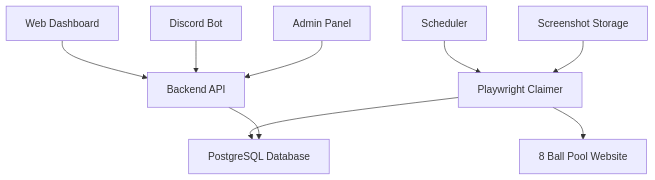
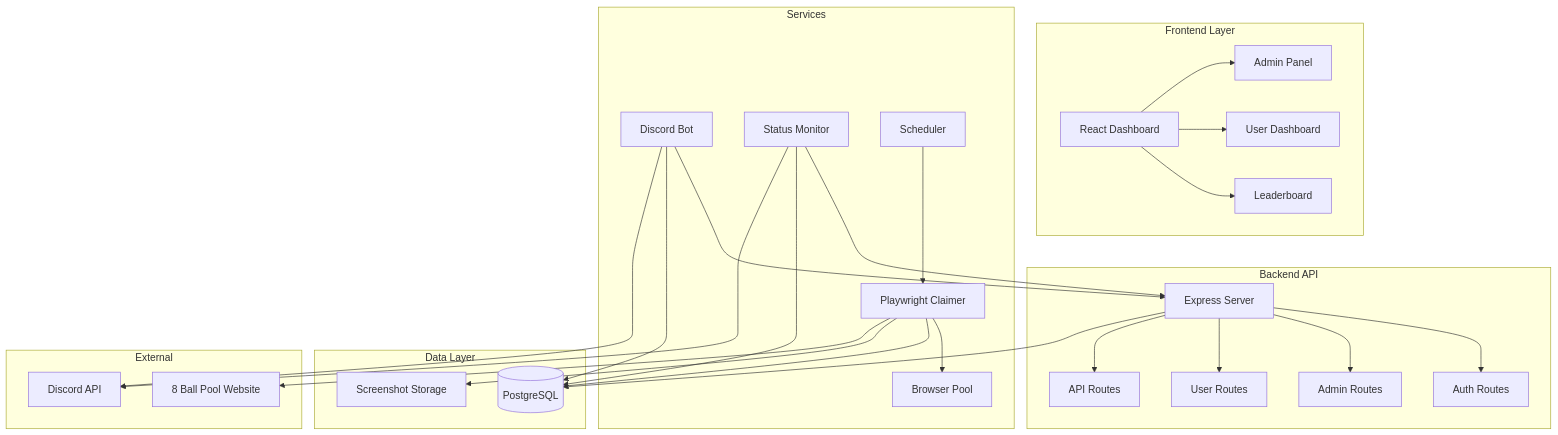
The diagram in README.md (BlakeMcBride1625/8bp-rewards-5.0-Public), drawn with Mermaid before and after one commit. The commit also changed other lines of this file, not shown here.

Commit message:
docs: update README with comprehensive project overview and fix Discord username

````diff
--- a/README.md
+++ b/README.md
@@ -38,11 +103,42 @@
 ```mermaid
 graph TB
-    A[Web Dashboard] --> B[Backend API]
-    C[Discord Bot] --> B
-    D[Scheduler] --> E[Playwright Claimer]
-    E --> F[8 Ball Pool Website]
-    E --> G[PostgreSQL Database]
-    B --> G
-    H[Admin Panel] --> B
-    I[Screenshot Storage] --> E
+    subgraph "Frontend Layer"
+        A[React Dashboard] --> B[Admin Panel]
+        A --> C[User Dashboard]
+        A --> D[Leaderboard]
+    end
+    
+    subgraph "Backend API"
+        E[Express Server] --> F[Auth Routes]
+        E --> G[Admin Routes]
+        E --> H[User Routes]
+        E --> I[API Routes]
+    end
+    
+    subgraph "Services"
+        J[Discord Bot] --> E
+        K[Status Monitor] --> E
+        L[Scheduler] --> M[Playwright Claimer]
+        M --> N[Browser Pool]
+    end
+    
+    subgraph "Data Layer"
+        O[(PostgreSQL)]
+        P[Screenshot Storage]
+    end
+    
+    E --> O
+    M --> O
+    M --> P
+    J --> O
+    K --> O
+    
+    subgraph "External"
+        Q[8 Ball Pool Website]
+        R[Discord API]
+    end
+    
+    M --> Q
+    J --> R
+    K --> R
 ```
````
